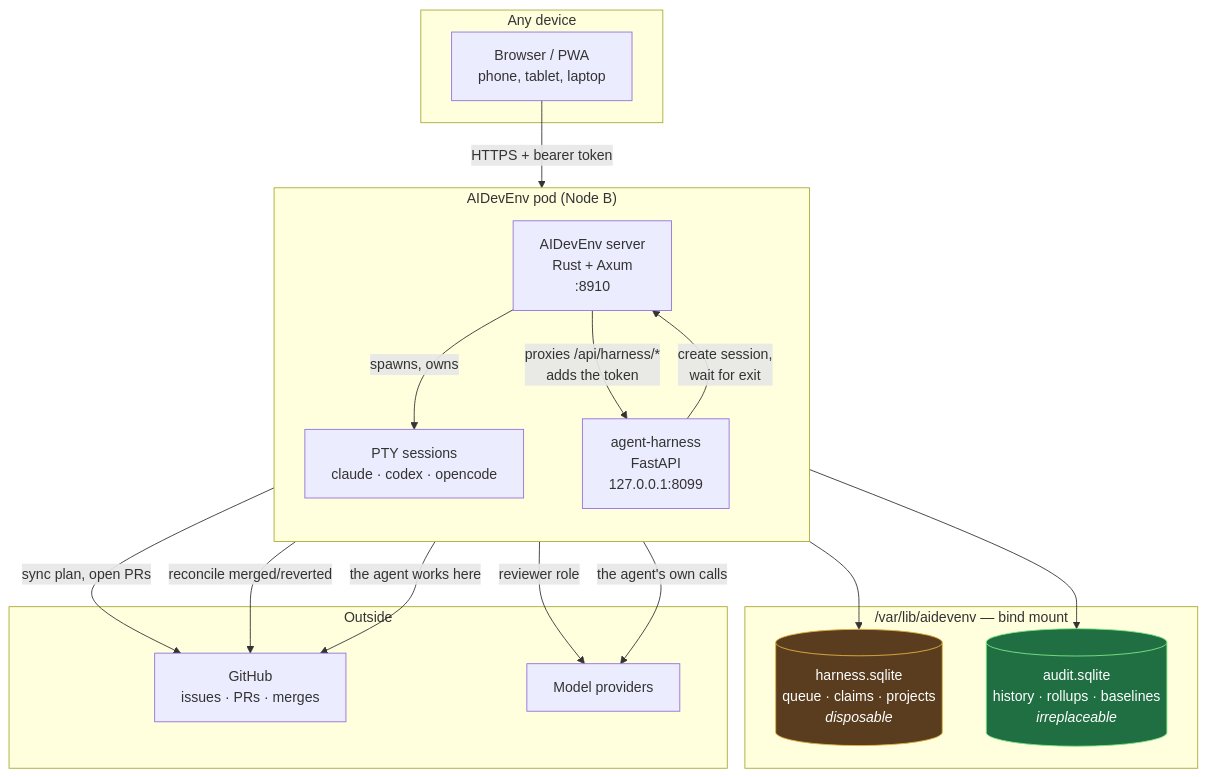
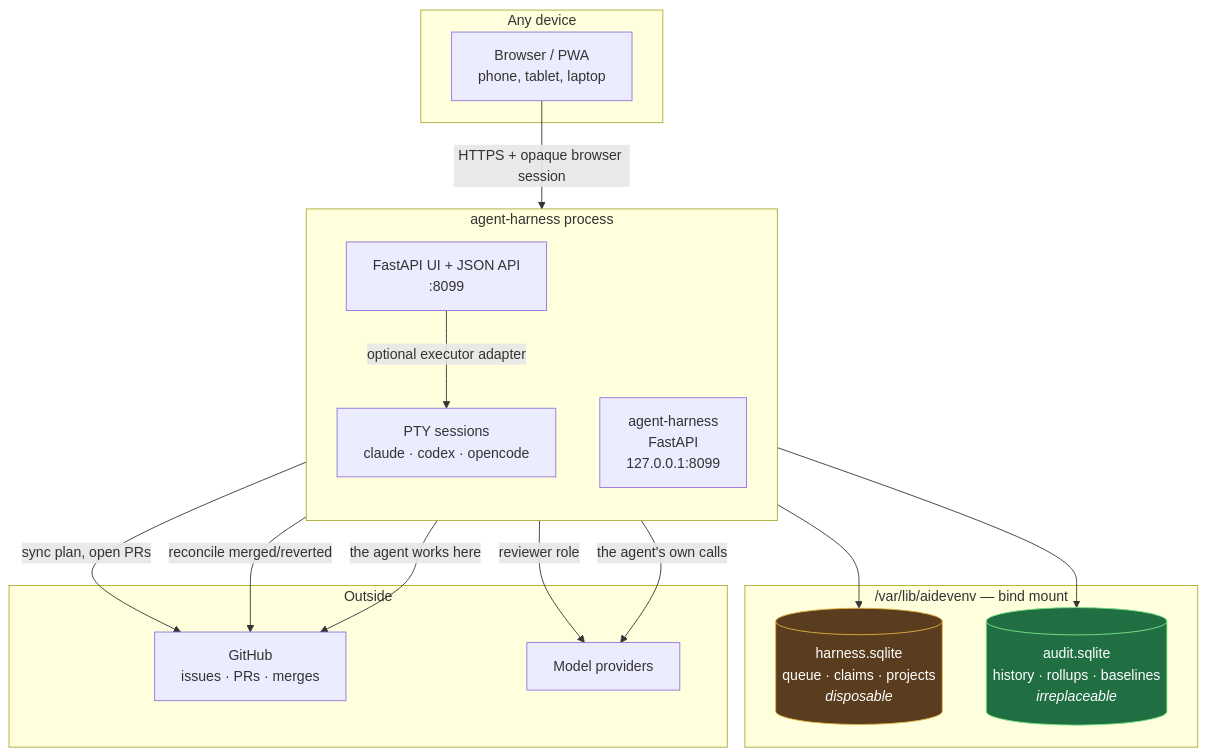
The first of 7 diagrams in docs/ARCHITECTURE.md (TheDancingDeveloper-org/agent-harness), drawn with Mermaid before and after one commit. The commit also changed other lines of this file and 36 other files, not shown here.

````diff
--- a/docs/ARCHITECTURE.md
+++ b/docs/ARCHITECTURE.md
@@ -17,41 +19,39 @@
 ```mermaid
 graph TB
     subgraph client["Any device"]
         browser["Browser / PWA<br/>phone, tablet, laptop"]
     end
 
-    subgraph pod["AIDevEnv pod (Node B)"]
+    subgraph pod["agent-harness process"]
         direction TB
-        server["AIDevEnv server<br/>Rust + Axum<br/>:8910"]
+        server["FastAPI UI + JSON API<br/>:8099"]
         pty["PTY sessions<br/>claude · codex · opencode"]
         harness["agent-harness<br/>FastAPI<br/>127.0.0.1:8099"]
 
-        server -->|"spawns, owns"| pty
-        server -->|"proxies /api/harness/*<br/>adds the token"| harness
-        harness -->|"create session,<br/>wait for exit"| server
+        server -->|"optional executor adapter"| pty
     end
 
     subgraph state["/var/lib/aidevenv — bind mount"]
         queue[("harness.sqlite<br/>queue · claims · projects<br/><i>disposable</i>")]
         audit[("audit.sqlite<br/>history · rollups · baselines<br/><i>irreplaceable</i>")]
     end
 
     subgraph outside["Outside"]
         github["GitHub<br/>issues · PRs · merges"]
         models["Model providers"]
     end
 
-    browser -->|"HTTPS + bearer token"| server
+    browser -->|"HTTPS + opaque browser session"| server
     harness --> queue
     harness --> audit
     harness -->|"sync plan, open PRs"| github
     harness -->|"reconcile merged/reverted"| github
     pty -->|"the agent works here"| github
     harness -->|"reviewer role"| models
     pty -->|"the agent's own calls"| models
 
     classDef durable fill:#1f6f43,stroke:#7ee787,color:#fff
     classDef throwaway fill:#5a3d1f,stroke:#e3b341,color:#fff
     class audit durable
     class queue throwaway
 ```
````
